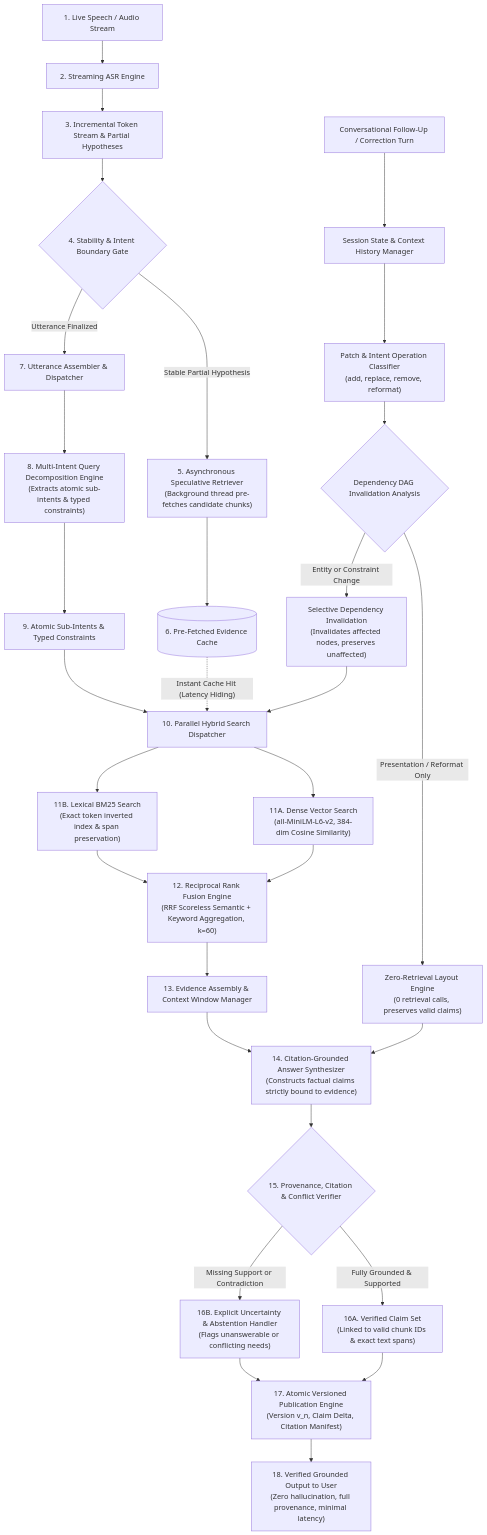
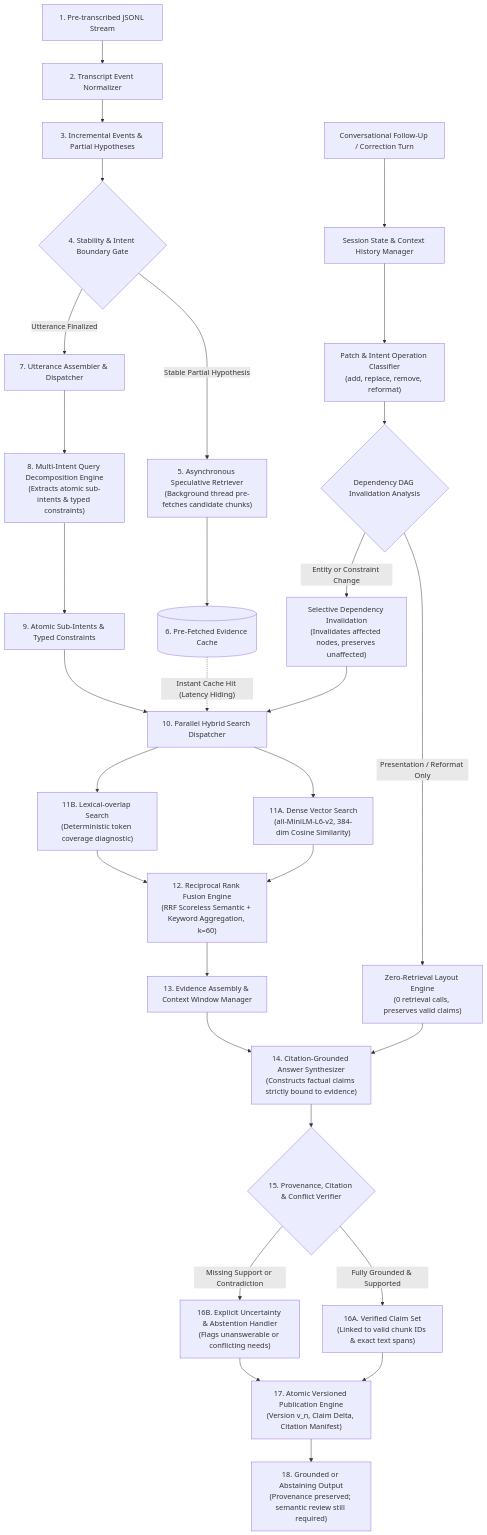
One commit to Madhumasa84/Samsung_Prism changed the diagram in README.md. Above: the diagram before and after it, drawn with Mermaid. The commit also changed other lines of this file and 30 other files, not shown here.

````diff
--- a/README.md
+++ b/README.md
@@ -57,50 +57,50 @@
 ```mermaid
 flowchart TD
-    %% 1. Ingestion & Audio Stream Layer
-    In1["1. Live Speech / Audio Stream"] --> In2["2. Streaming ASR Engine"]
-    In2 --> In3["3. Incremental Token Stream & Partial Hypotheses"]
+    %% 1. Ingestion & Transcript Stream Layer
+    In1["1. Pre-transcribed JSONL Stream"] --> In2["2. Transcript Event Normalizer"]
+    In2 --> In3["3. Incremental Events & Partial Hypotheses"]
     
     %% 2. Stability & Speculative Fast Path
     In3 --> Gate1{"4. Stability & Intent Boundary Gate"}
     Gate1 -->|"Stable Partial Hypothesis"| Spec1["5. Asynchronous Speculative Retriever\n(Background thread pre-fetches candidate chunks)"]
     Spec1 --> Cache1[("6. Pre-Fetched Evidence Cache")]
     
     %% 3. Utterance Finalization & Decomposition
     Gate1 -->|"Utterance Finalized"| Decomp1["7. Utterance Assembler & Dispatcher"]
     Decomp1 --> Decomp2["8. Multi-Intent Query Decomposition Engine\n(Extracts atomic sub-intents & typed constraints)"]
     Decomp2 --> SubIntents["9. Atomic Sub-Intents & Typed Constraints"]
     
     %% 4. Conversational State & Dependency DAG
     FollowUp["Conversational Follow-Up / Correction Turn"] --> Sess1["Session State & Context History Manager"]
     Sess1 --> Patch1["Patch & Intent Operation Classifier\n(add, replace, remove, reformat)"]
     Patch1 --> DAG1{"Dependency DAG Invalidation Analysis"}
     DAG1 -->|"Presentation / Reformat Only"| ZeroRet["Zero-Retrieval Layout Engine\n(0 retrieval calls, preserves valid claims)"]
     DAG1 -->|"Entity or Constraint Change"| Inval1["Selective Dependency Invalidation\n(Invalidates affected nodes, preserves unaffected)"]
     
     %% 5. Parallel Hybrid Retrieval
     SubIntents --> RetDispatch["10. Parallel Hybrid Search Dispatcher"]
     Inval1 --> RetDispatch
     Cache1 -.->|"Instant Cache Hit (Latency Hiding)"| RetDispatch
     
     RetDispatch --> DenseSearch["11A. Dense Vector Search\n(all-MiniLM-L6-v2, 384-dim Cosine Similarity)"]
-    RetDispatch --> LexSearch["11B. Lexical BM25 Search\n(Exact token inverted index & span preservation)"]
+    RetDispatch --> LexSearch["11B. Lexical-overlap Search\n(Deterministic token coverage diagnostic)"]
     
     %% 6. Reciprocal Rank Fusion
     DenseSearch --> RRF["12. Reciprocal Rank Fusion Engine\n(RRF Scoreless Semantic + Keyword Aggregation, k=60)"]
     LexSearch --> RRF
     
     %% 7. Evidence Assembly & Grounded Synthesis
     RRF --> ContextAssy["13. Evidence Assembly & Context Window Manager"]
     ContextAssy --> Synth1["14. Citation-Grounded Answer Synthesizer\n(Constructs factual claims strictly bound to evidence)"]
     ZeroRet --> Synth1
     
     %% 8. Provenance & Contradiction Verification
     Synth1 --> VerifGate{"15. Provenance, Citation & Conflict Verifier"}
     VerifGate -->|"Fully Grounded & Supported"| ValidClaims["16A. Verified Claim Set\n(Linked to valid chunk IDs & exact text spans)"]
     VerifGate -->|"Missing Support or Contradiction"| UncertHandler["16B. Explicit Uncertainty & Abstention Handler\n(Flags unanswerable or conflicting needs)"]
     
     %% 9. Atomic Versioned Delivery
     ValidClaims --> Pub["17. Atomic Versioned Publication Engine\n(Version v_n, Claim Delta, Citation Manifest)"]
     UncertHandler --> Pub
-    Pub --> FinalOut["18. Verified Grounded Output to User\n(Zero hallucination, full provenance, minimal latency)"]
+    Pub --> FinalOut["18. Grounded or Abstaining Output\n(Provenance preserved; semantic review still required)"]
 ```
````
